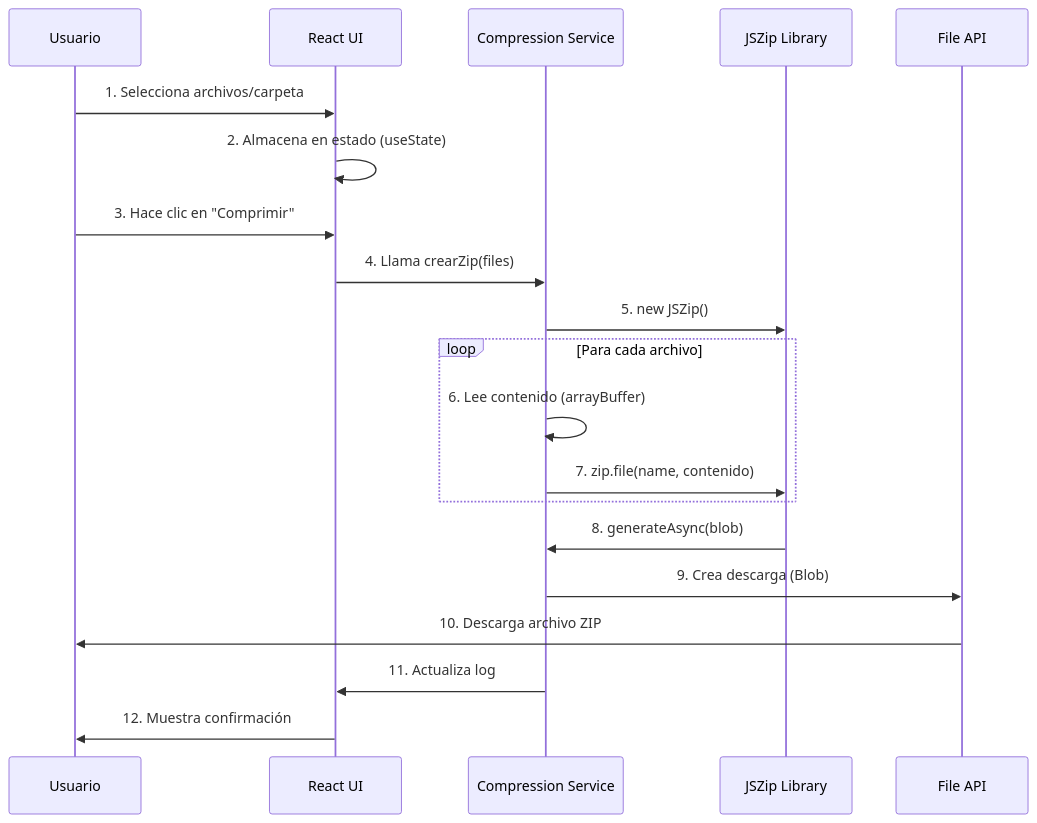
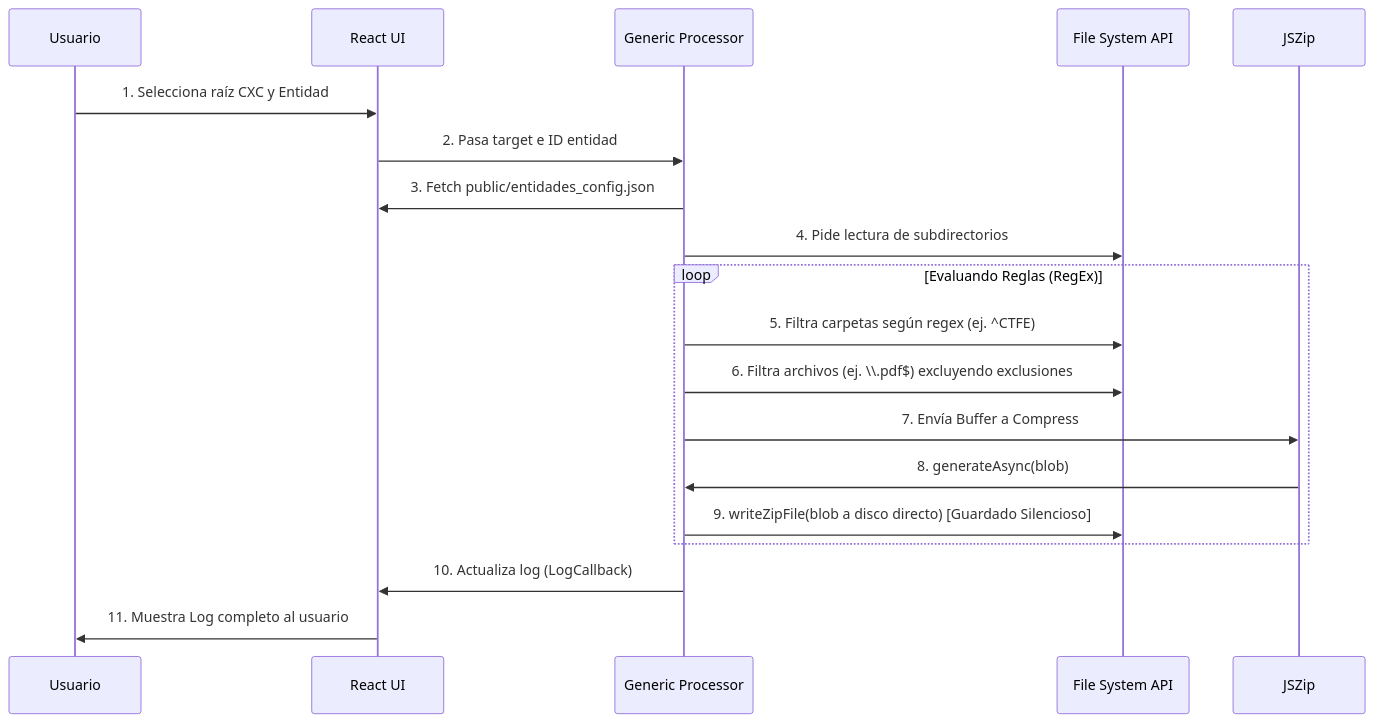
The first of 2 diagrams in ARQUITECTURA.md (luisenriquegomez234-code/Comprimir-Archivos), drawn with Mermaid before and after one commit. The commit also changed other lines of this file and 42 other files, not shown here.

Commit message:
docs/chore: actualizar diagramas de arquitectura y obviar binarios pesados

````diff
--- a/ARQUITECTURA.md
+++ b/ARQUITECTURA.md
@@ -191,23 +142,22 @@
 ```mermaid
 sequenceDiagram
     participant Usuario
     participant UI as React UI
-    participant Service as Compression Service
-    participant JSZip as JSZip Library
-    participant Browser as File API
-
-    Usuario->>UI: 1. Selecciona archivos/carpeta
-    UI->>UI: 2. Almacena en estado (useState)
-    Usuario->>UI: 3. Hace clic en "Comprimir"
-    UI->>Service: 4. Llama crearZip(files)
-    Service->>JSZip: 5. new JSZip()
-    loop Para cada archivo
-        Service->>Service: 6. Lee contenido (arrayBuffer)
-        Service->>JSZip: 7. zip.file(name, contenido)
+    participant Service as Generic Processor
+    participant FSA as File System API
+    participant JSZip as JSZip
+    
+    Usuario->>UI: 1. Selecciona raíz CXC y Entidad
+    UI->>Service: 2. Pasa target e ID entidad
+    Service->>UI: 3. Fetch public/entidades_config.json
+    Service->>FSA: 4. Pide lectura de subdirectorios
+    loop Evaluando Reglas (RegEx)
+        Service->>FSA: 5. Filtra carpetas según regex (ej. ^CTFE)
+        Service->>FSA: 6. Filtra archivos (ej. \\.pdf$) excluyendo exclusiones
+        Service->>JSZip: 7. Envía Buffer a Compress
+        JSZip->>Service: 8. generateAsync(blob)
+        Service->>FSA: 9. writeZipFile(blob a disco directo) [Guardado Silencioso]
     end
-    JSZip->>Service: 8. generateAsync(blob)
-    Service->>Browser: 9. Crea descarga (Blob)
-    Browser->>Usuario: 10. Descarga archivo ZIP
-    Service->>UI: 11. Actualiza log
-    UI->>Usuario: 12. Muestra confirmación
+    Service->>UI: 10. Actualiza log (LogCallback)
+    UI->>Usuario: 11. Muestra Log completo al usuario 
 ```
````
